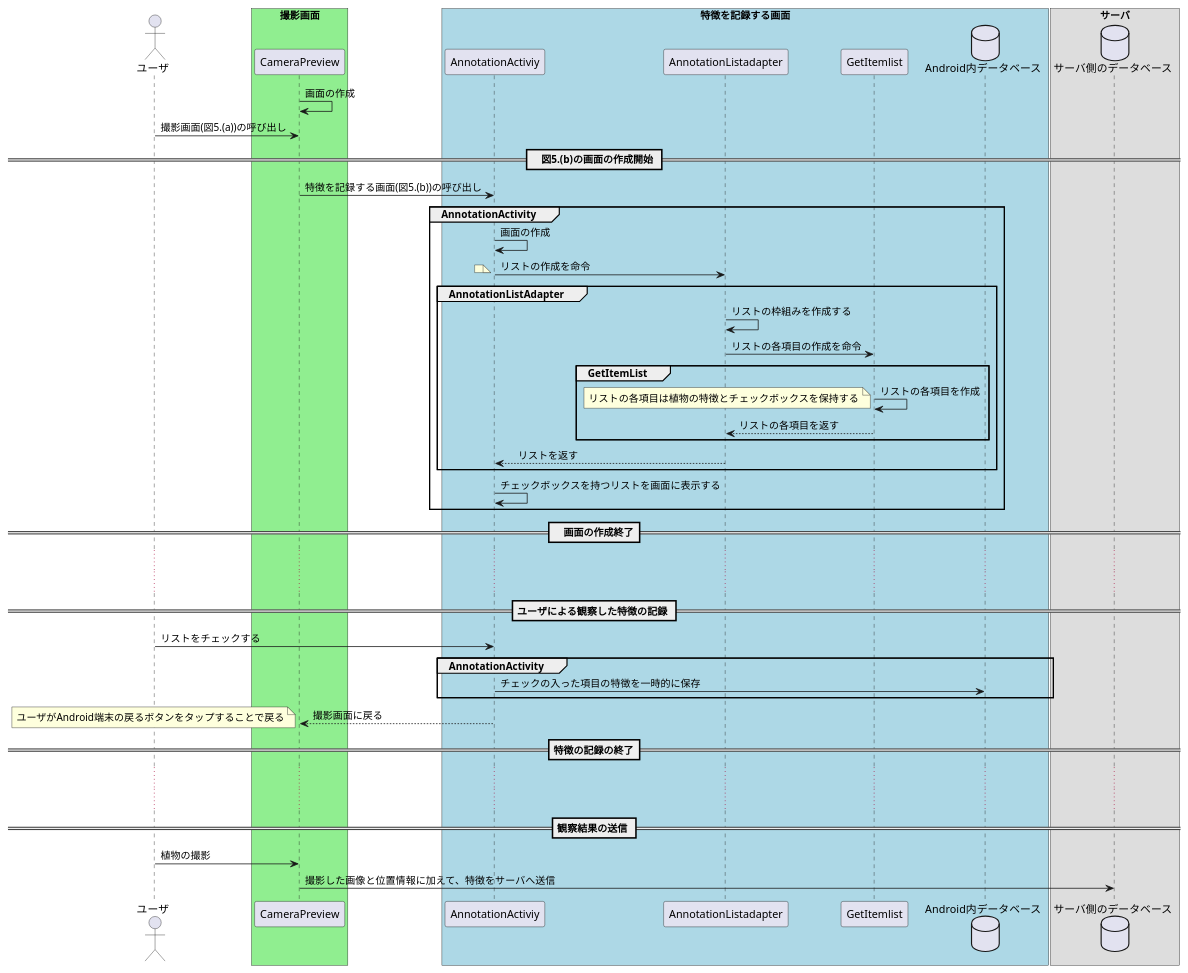
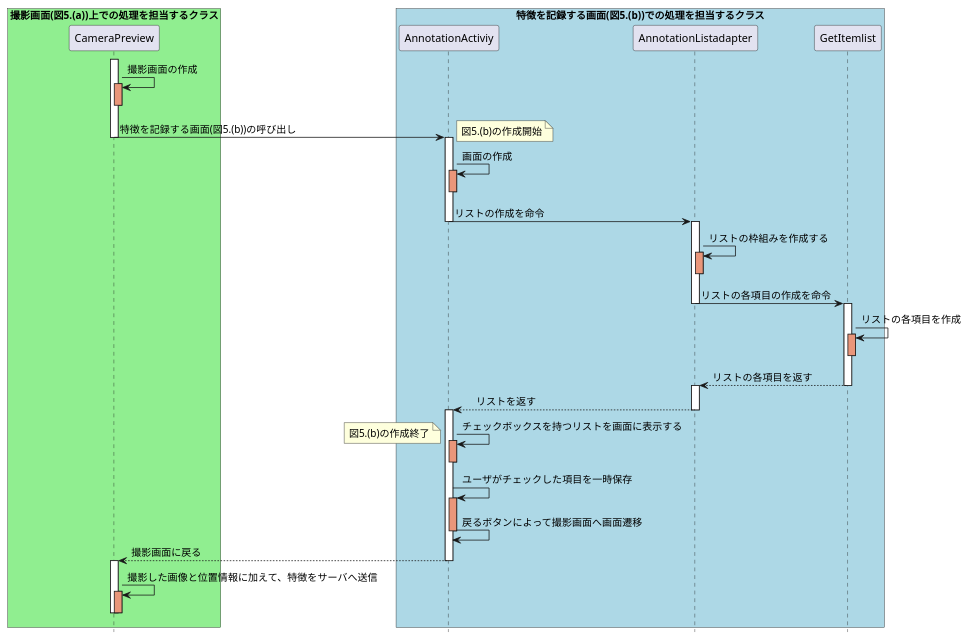
Before and after one commit to watarunemoto/mappenv: the diagram in UML/Seqence/ScoreOfAnnotation_app.puml, drawn with PlantUML. The commit also changed 9 other files, not shown here.

```diff
--- a/UML/Seqence/ScoreOfAnnotation_app.puml
+++ b/UML/Seqence/ScoreOfAnnotation_app.puml
@@ -1,88 +1,103 @@
 @startuml
 
-actor ユーザ as u
+'actor ユーザ as u
 
-box "撮影画面" #LightGreen
+box "撮影画面(図5.(a))上での処理を担当するクラス" #LightGreen
 participant CameraPreview as cp
-cp -> cp :画面の作成
-u -> cp:撮影画面(図5.(a))の呼び出し
+
+'u -> cp:撮影画面(図5.(a))の呼び出し
+activate cp
+
+cp -> cp :撮影画面の作成
+activate cp #DarkSalmon
+deactivate cp
 end box
+
+hide footbox
+
+box "特徴を記録する画面(図5.(b))での処理を担当するクラス" #LightBlue
+participant AnnotationActiviy as main
+participant AnnotationListadapter as adapter
+participant GetItemlist as get
+end box
+
+'
+'==　図5.(b)の画面の作成開始 ==
 
 
 
-box "特徴を記録する画面" #LightBlue
-participant AnnotationActiviy as main
-participant AnnotationListadapter as adapter
-participant GetItemlist as get
-database Android内データベース as db
-end box
+cp -> main:特徴を記録する画面(図5.(b))の呼び出し
+note right :図5.(b)の作成開始
+deactivate cp
+activate main
 
-
-==　図5.(b)の画面の作成開始 ==
-
-cp -> main:特徴を記録する画面(図5.(b))の呼び出し
-
-
-group AnnotationActivity
 
 
 main -> main :画面の作成
+activate main #DarkSalmon
+deactivate main
 main -> adapter : リストの作成を命令
-note left :
 
-group AnnotationListAdapter
+deactivate main
+activate adapter
 adapter -> adapter :リストの枠組みを作成する
+activate adapter #DarkSalmon
+deactivate adapter
+adapter -> get :リストの各項目の作成を命令
+deactivate adapter
+activate get
 
-adapter -> get :リストの各項目の作成を命令
+
+
+get -> get :リストの各項目を作成
+activate get #DarkSalmon
+deactivate get
+'note left :リストの各項目は植物の特徴とチェックボックスを保持する
+get --> adapter : リストの各項目を返す
+deactivate get
+activate adapter
+
+
+adapter --> main:　リストを返す
+deactivate adapter
+activate main
+main -> main: チェックボックスを持つリストを画面に表示する
+activate main #darksalmon
+deactivate main
+
+
+
+'==　画面の作成終了==
+note left: 図5.(b)の作成終了
+'deactivate main
 
 
 
 
-group GetItemList
-get -> get :リストの各項目を作成
-note left :リストの各項目は植物の特徴とチェックボックスを保持する
-get --> adapter : リストの各項目を返す
-end
+'== ユーザによる観察した特徴の記録 ==
 
-adapter --> main:　リストを返す
+main -> main:ユーザがチェックした項目を一時保存
+activate main #darksalmon
 
+main -> main:戻るボタンによって撮影画面へ画面遷移
+deactivate main
+main --> cp :撮影画面に戻る
+deactivate main
 
-
-
-end
-main ->main: チェックボックスを持つリストを画面に表示する
-
-
-
-end
-==　画面の作成終了==
-...
-...
-
-
-== ユーザによる観察した特徴の記録 ==
-u -> main:リストをチェックする
-group AnnotationActivity
-main -> db:チェックの入った項目の特徴を一時的に保存
-end
-
-main --> cp :撮影画面に戻る
-note left : ユーザがAndroid端末の戻るボタンをタップすることで戻る
-==特徴の記録の終了==
-...
-...
-== 観察結果の送信 ==
-
-u  -> cp :植物の撮影
+'...
+'...
+'== 観察結果の送信 ==
 box "サーバ"
 
-database サーバ側のデータベース as db2
+'database サーバ側のデータベース as db2
 
 endbox
-cp -> db2:撮影した画像と位置情報に加えて、特徴をサーバへ送信
-
-
+activate cp
+cp -> cp:撮影した画像と位置情報に加えて、特徴をサーバへ送信
+activate cp #darksalmon
+deactivate cp
+deactivate cp
 
 
 
 @enduml
```
